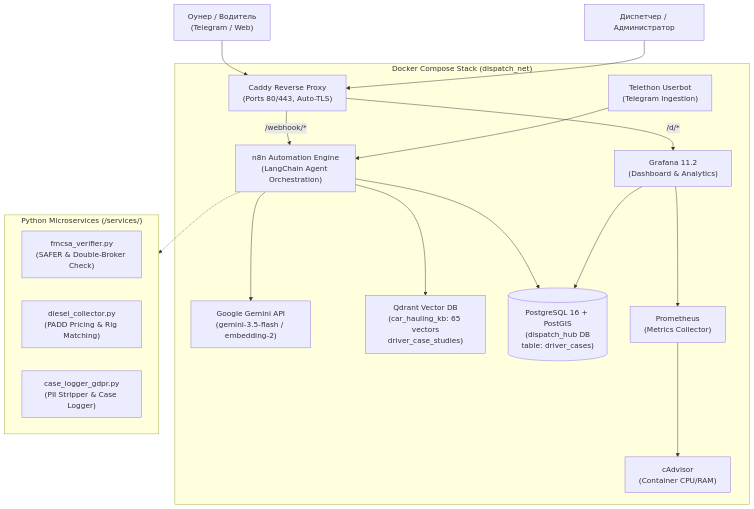
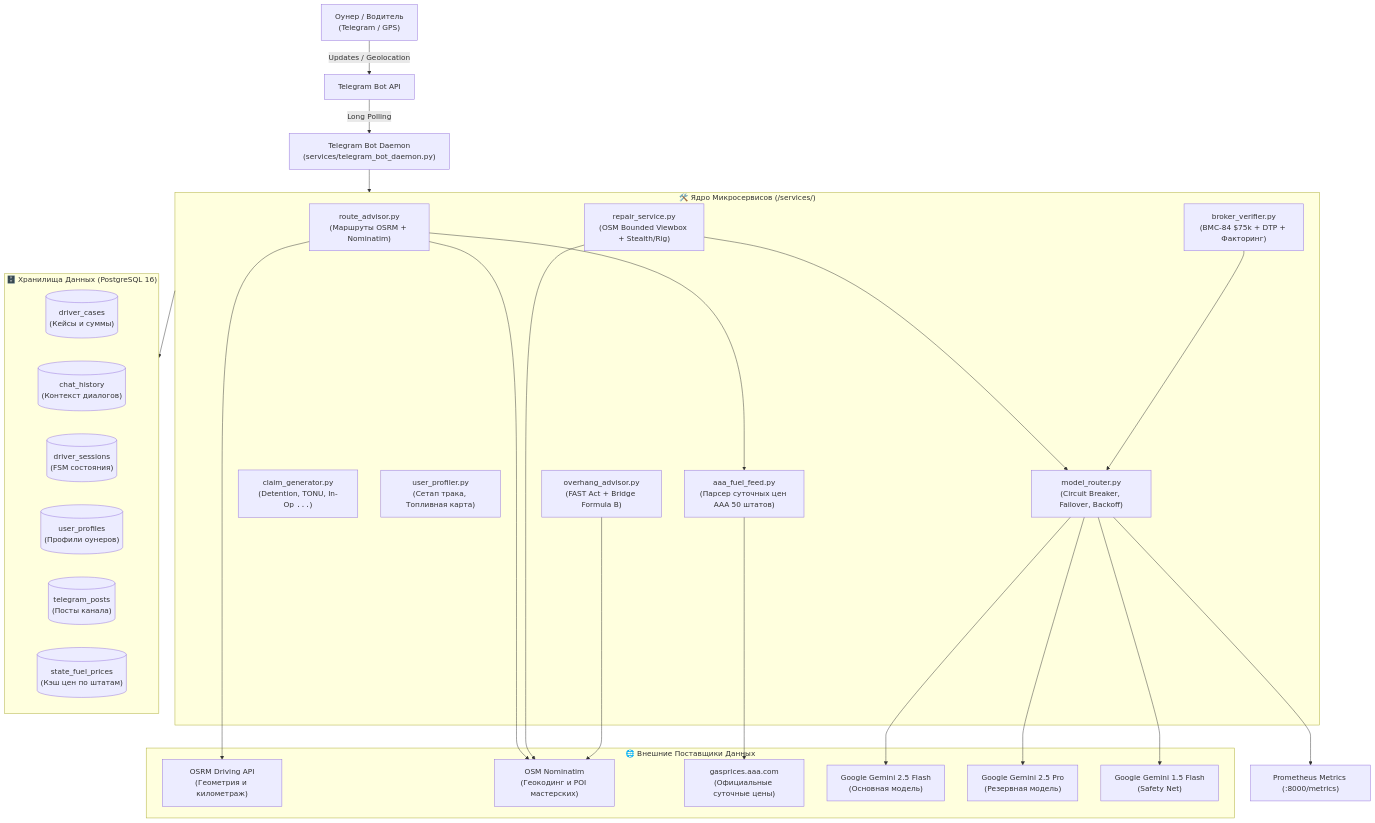
One commit to barii-fedorov/car-hauling-dispatch-hub changed the diagram in TECHNICAL_ARCHITECTURE.md. Above: the diagram before and after it, drawn with Mermaid. The commit also changed other lines of this file and 14 other files, not shown here.

Commit message:
docs: refresh README, architecture, and guides according to current live configuration

````diff
--- a/TECHNICAL_ARCHITECTURE.md
+++ b/TECHNICAL_ARCHITECTURE.md
@@ -27,28 +28,51 @@
 ```mermaid
 graph TD
-    User["Оунер / Водитель\n(Telegram / Web)"] --> Caddy["Caddy Reverse Proxy\n(Ports 80/443, Auto-TLS)"]
-    Admin["Диспетчер / Администратор"] --> Caddy
+    User["Оунер / Водитель\n(Telegram / GPS)"] -->|Updates / Geolocation| TGAPI["Telegram Bot API"]
+    TGAPI -->|Long Polling| BotDaemon["Telegram Bot Daemon\n(services/telegram_bot_daemon.py)"]
     
-    subgraph CoreStack ["Docker Compose Stack (dispatch_net)"]
-        Caddy -->|/d/*| Grafana["Grafana 11.2\n(Dashboard & Analytics)"]
-        Caddy -->|/webhook/*| N8N["n8n Automation Engine\n(LangChain Agent Orchestration)"]
-        
-        N8N --> Gemini["Google Gemini API\n(gemini-3.5-flash / embedding-2)"]
-        N8N --> Qdrant["Qdrant Vector DB\n(car_hauling_kb: 65 vectors\ndriver_case_studies)"]
-        N8N --> Postgres[("PostgreSQL 16 + PostGIS\n(dispatch_hub DB\ntable: driver_cases)")]
-        
-        Grafana --> Postgres
-        Grafana --> Prometheus["Prometheus\n(Metrics Collector)"]
-        Prometheus --> CAdvisor["cAdvisor\n(Container CPU/RAM)"]
-        
-        Telethon["Telethon Userbot\n(Telegram Ingestion)"] --> N8N
+    subgraph ServicesTier ["🛠️ Ядро Микросервисов (/services/)"]
+        RouteAdv["route_advisor.py\n(Маршруты OSRM + Nominatim)"]
+        RepairSvc["repair_service.py\n(OSM Bounded Viewbox + Stealth/Rig)"]
+        BrokerVer["broker_verifier.py\n(BMC-84 $75k + DTP + Факторинг)"]
+        OverhangAdv["overhang_advisor.py\n(FAST Act + Bridge Formula B)"]
+        ClaimGen["claim_generator.py\n(Detention, TONU, In-Op <code>...</code>)"]
+        UserProf["user_profiler.py\n(Сетап трака, Топливная карта)"]
+        AAAFuel["aaa_fuel_feed.py\n(Парсер суточных цен AAA 50 штатов)"]
+        ModelRouter["model_router.py\n(Circuit Breaker, Failover, Backoff)"]
     end
+
+    subgraph ExternalAPIs ["🌐 Внешние Поставщики Данных"]
+        OSRM["OSRM Driving API\n(Геометрия и километраж)"]
+        OSM["OSM Nominatim\n(Геокодинг и POI мастерских)"]
+        AAASite["gasprices.aaa.com\n(Официальные суточные цены)"]
+        GeminiFlash["Google Gemini 2.5 Flash\n(Основная модель)"]
+        GeminiPro["Google Gemini 2.5 Pro\n(Резервная модель)"]
+        GeminiLegacy["Google Gemini 1.5 Flash\n(Safety Net)"]
+    end
+
+    subgraph DataStorage ["🗄️ Хранилища Данных (PostgreSQL 16)"]
+        DB_Cases[("driver_cases\n(Кейсы и суммы)")]
+        DB_History[("chat_history\n(Контекст диалогов)")]
+        DB_Sessions[("driver_sessions\n(FSM состояния)")]
+        DB_Profiles[("user_profiles\n(Профили оунеров)")]
+        DB_Posts[("telegram_posts\n(Посты канала)")]
+        DB_Fuel[("state_fuel_prices\n(Кэш цен по штатам)")]
+    end
+
+    BotDaemon --> ServicesTier
+    RouteAdv --> OSRM
+    RouteAdv --> OSM
+    RouteAdv --> AAAFuel
+    RepairSvc --> OSM
+    RepairSvc --> ModelRouter
+    BrokerVer --> ModelRouter
+    OverhangAdv --> OSM
+    AAAFuel --> AAASite
     
-    subgraph Microservices ["Python Microservices (/services/)"]
-        FMCSA["fmcsa_verifier.py\n(SAFER & Double-Broker Check)"]
-        Diesel["diesel_collector.py\n(PADD Pricing & Rig Matching)"]
-        GDPR["case_logger_gdpr.py\n(PII Stripper & Case Logger)"]
-    end
-    
-    N8N -.-> Microservices
+    ModelRouter --> GeminiFlash
+    ModelRouter --> GeminiPro
+    ModelRouter --> GeminiLegacy
+
+    ServicesTier --> DataStorage
+    ModelRouter --> PrometheusPort["Prometheus Metrics (:8000/metrics)"]
 ```
````
